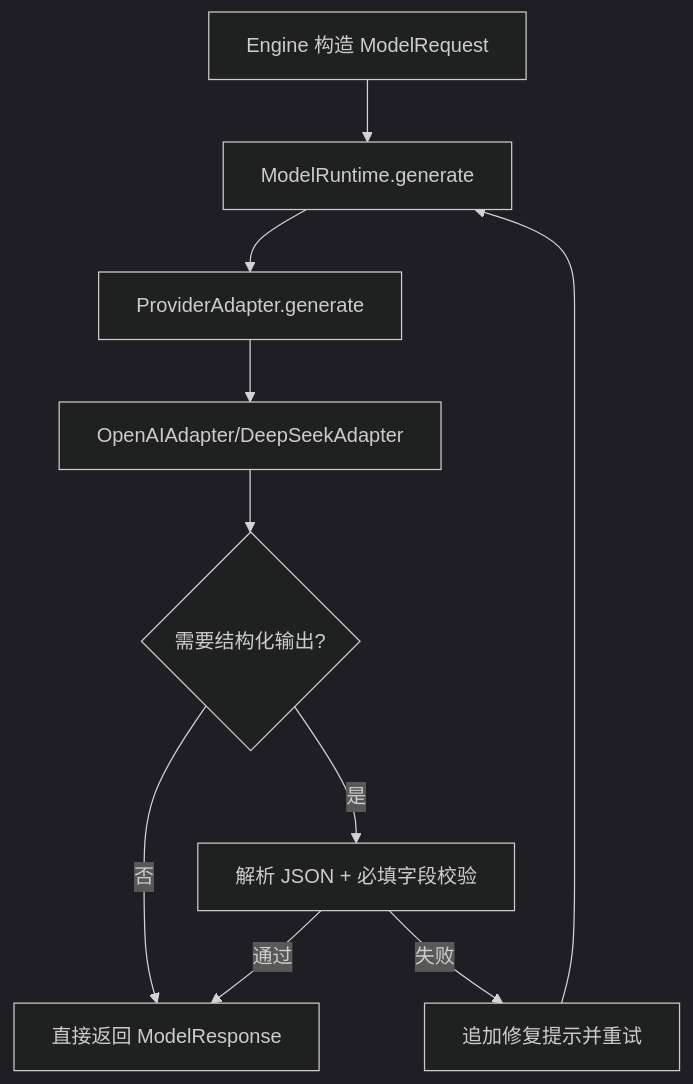
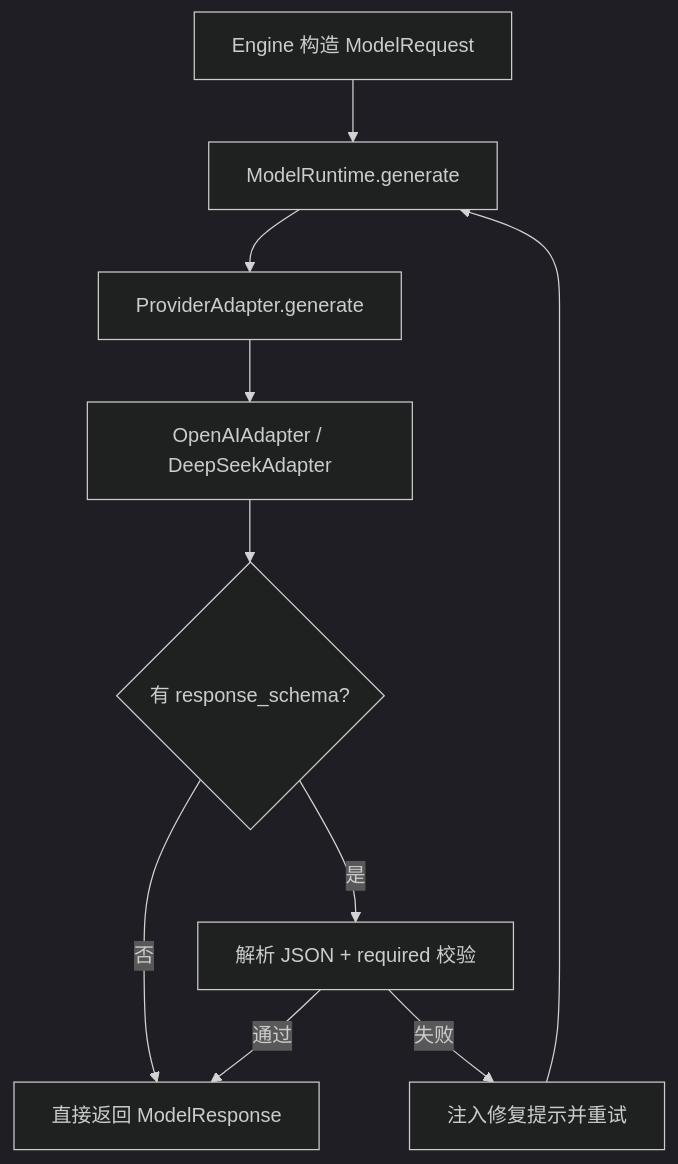
One commit to 869413421/build_agent changed the diagram in docs/tutorials/04-从0到1工业级Agent框架打造-第四章-ModelRuntime-大模型适配与防崩塌控制.md. Above: the diagram before and after it, drawn with Mermaid (dark theme). The commit also changed other lines of this file and 42 other files, not shown here.

````diff
--- a/docs/tutorials/04-从0到1工业级Agent框架打造-第四章-ModelRuntime-大模型适配与防崩塌控制.md
+++ b/docs/tutorials/04-从0到1工业级Agent框架打造-第四章-ModelRuntime-大模型适配与防崩塌控制.md
@@ -19,12 +37,12 @@
 ```mermaid
 flowchart TD
   A[Engine 构造 ModelRequest] --> B[ModelRuntime.generate]
   B --> C[ProviderAdapter.generate]
-  C --> D[OpenAIAdapter/DeepSeekAdapter]
-  D --> E{需要结构化输出?}
+  C --> D[OpenAIAdapter / DeepSeekAdapter]
+  D --> E{有 response_schema?}
   E -->|否| F[直接返回 ModelResponse]
-  E -->|是| G[解析 JSON + 必填字段校验]
+  E -->|是| G[解析 JSON + required 校验]
   G -->|通过| F
-  G -->|失败| H[追加修复提示并重试]
+  G -->|失败| H[注入修复提示并重试]
   H --> B
 ```
````
